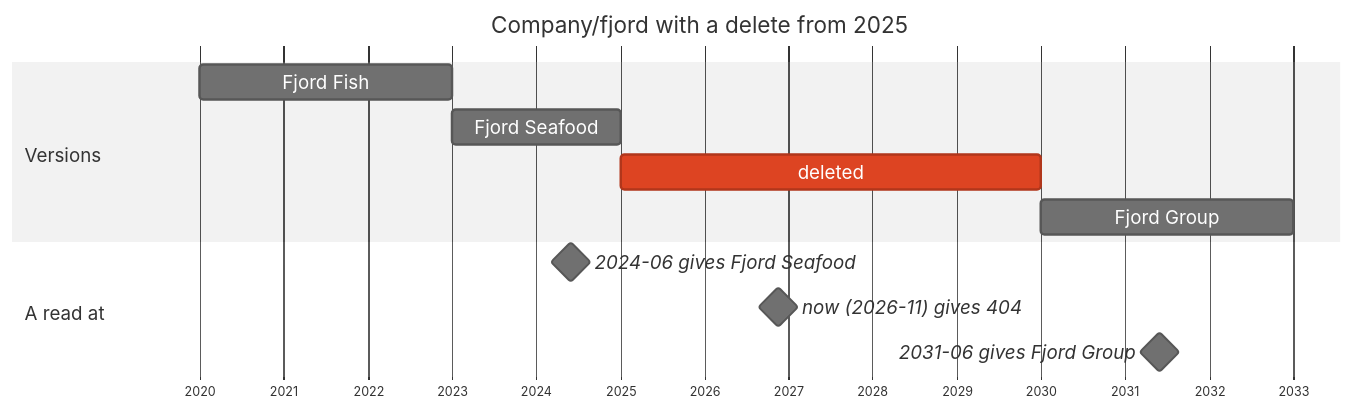
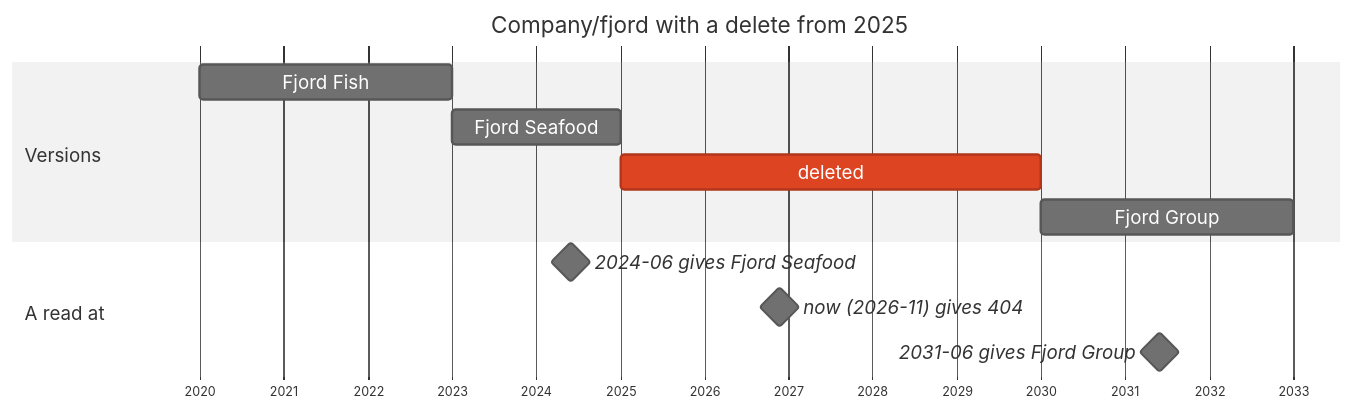
The second of 9 diagrams in docs/user/concepts.md (descoped/linked-data-store-project), drawn with Mermaid (neutral theme) before and after one commit. The commit also changed other lines of this file and 67 other files, not shown here.

````diff
--- a/docs/user/concepts.md
+++ b/docs/user/concepts.md
@@ -233,17 +232,17 @@
 ```mermaid
 %%{init: {"gantt": {"leftPadding": 150, "fontSize": 15, "sectionFontSize": 15, "barHeight": 28, "barGap": 8}}}%%
 gantt
     title Company/fjord with a delete from 2025
     dateFormat YYYY-MM-DD
     axisFormat %Y
     todayMarker off
     section Versions
     Fjord Fish                    : 2020-01-01, 2023-01-01
     Fjord Seafood                 : 2023-01-01, 2025-01-01
     deleted                       : crit, 2025-01-01, 2030-01-01
     Fjord Group                   : 2030-01-01, 2033-01-01
     section A read at
     2024-06 gives Fjord Seafood   : milestone, 2024-06-01, 0d
-    now (2026-11) gives 404       : milestone, 2026-11-20, 0d
+    now (2026-11) gives 404       : milestone, 2026-11-24, 0d
     2031-06 gives Fjord Group     : milestone, 2031-06-01, 0d
 ```
````
